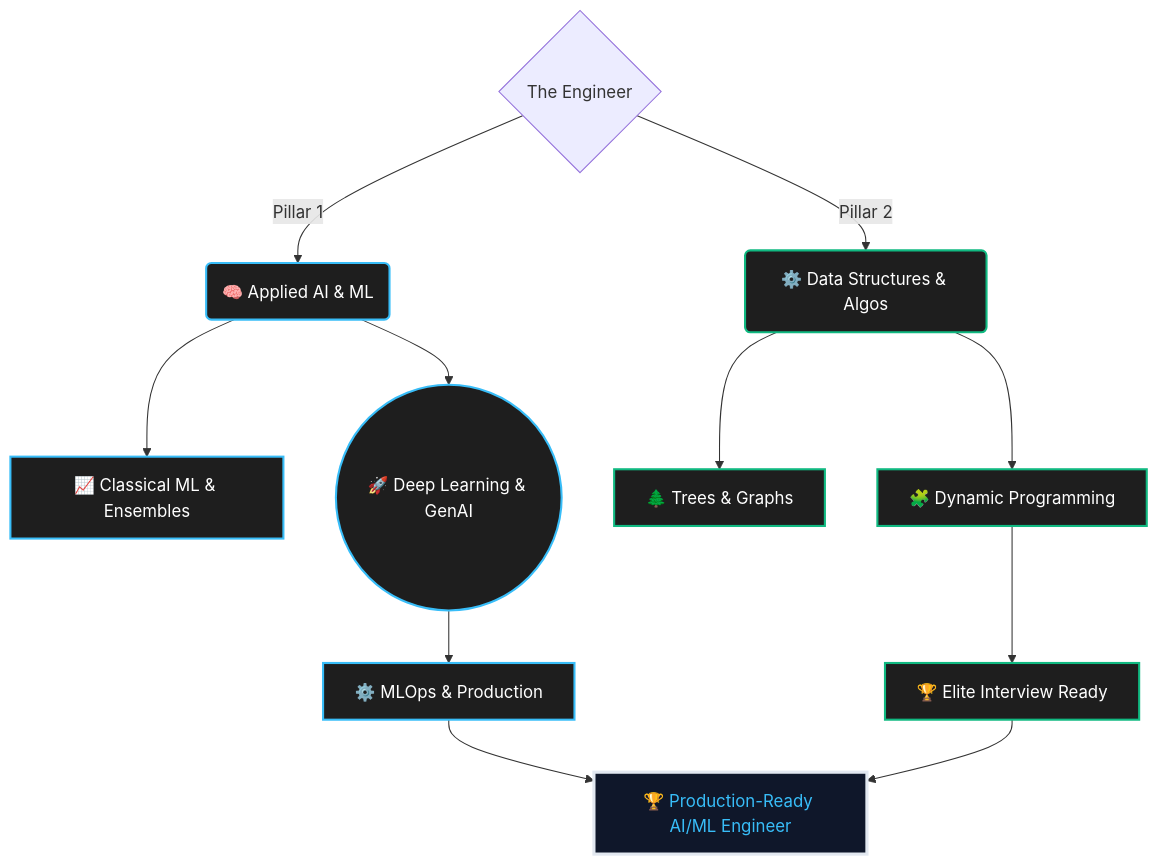
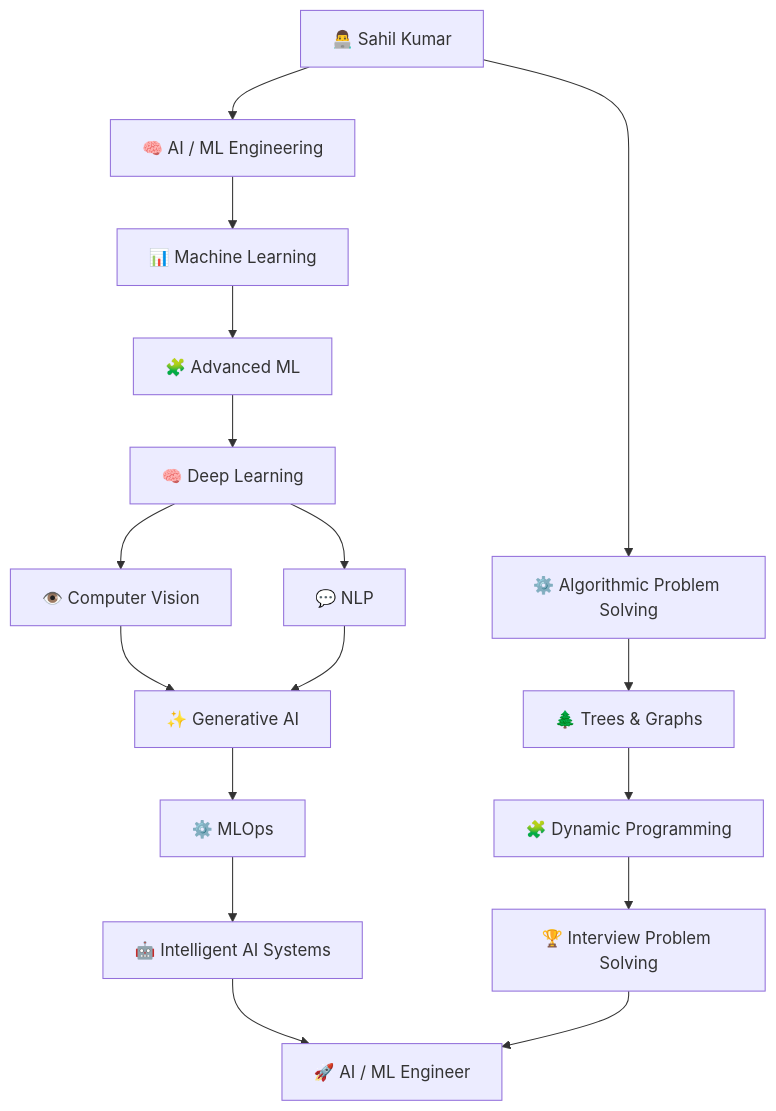
One commit to Sahil-K-Y/Sahil-K-Y changed the diagram in README.md. Above: the diagram before and after it, drawn with Mermaid. The commit also changed other lines of this file, not shown here.

````diff
--- a/README.md
+++ b/README.md
@@ -62,21 +135,28 @@
-```mermaid
+```mermaid id="i8e0dx"
 graph TD
-    %% Styling
-    classDef aiml fill:#1e1e1e,stroke:#38bdf8,stroke-width:2px,color:#fff;
-    classDef dsa fill:#1e1e1e,stroke:#10b981,stroke-width:2px,color:#fff;
-    classDef goal fill:#0f172a,stroke:#e2e8f0,stroke-width:3px,color:#38bdf8;
 
-    A{The Engineer} -->|Pillar 1| B(🧠 Applied AI & ML):::aiml
-    A -->|Pillar 2| C(⚙️ Data Structures & Algos):::dsa
-    
-    B --> D[📈 Classical ML & Ensembles]:::aiml
-    B --> E((🚀 Deep Learning & GenAI)):::aiml
-    E --> F[⚙️ MLOps & Production]:::aiml
-    
-    C --> G[🌲 Trees & Graphs]:::dsa
-    C --> H[🧩 Dynamic Programming]:::dsa
-    H --> I[🏆 Elite Interview Ready]:::dsa
-    
-    F --> J[🏆 Production-Ready AI/ML Engineer]:::goal
-    I --> J
+    A["👨‍💻 Sahil Kumar"]
+
+    A --> B["🧠 AI / ML Engineering"]
+    A --> C["⚙️ Algorithmic Problem Solving"]
+
+    B --> D["📊 Machine Learning"]
+    D --> E["🧩 Advanced ML"]
+    E --> F["🧠 Deep Learning"]
+
+    F --> G["👁️ Computer Vision"]
+    F --> H["💬 NLP"]
+
+    G --> I["✨ Generative AI"]
+    H --> I
+
+    I --> J["⚙️ MLOps"]
+    J --> K["🤖 Intelligent AI Systems"]
+
+    C --> L["🌲 Trees & Graphs"]
+    L --> M["🧩 Dynamic Programming"]
+    M --> N["🏆 Interview Problem Solving"]
+
+    K --> O["🚀 AI / ML Engineer"]
+    N --> O
 ```
````
